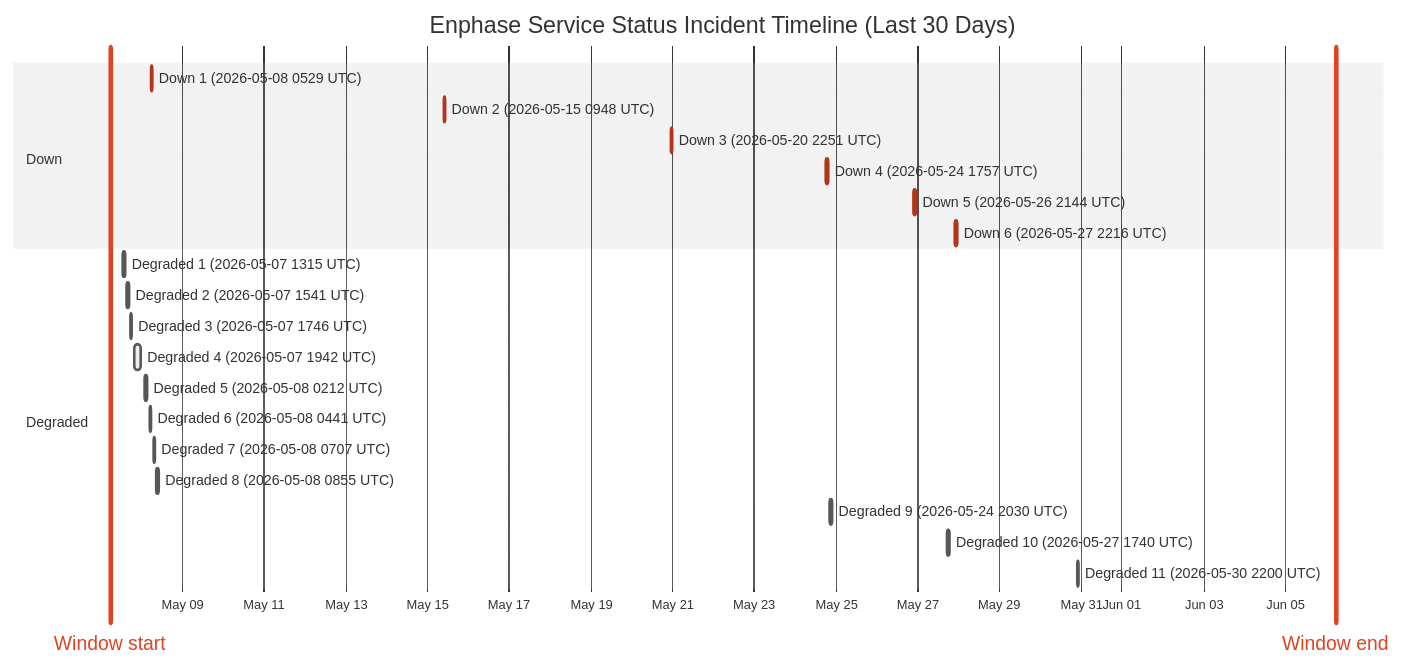
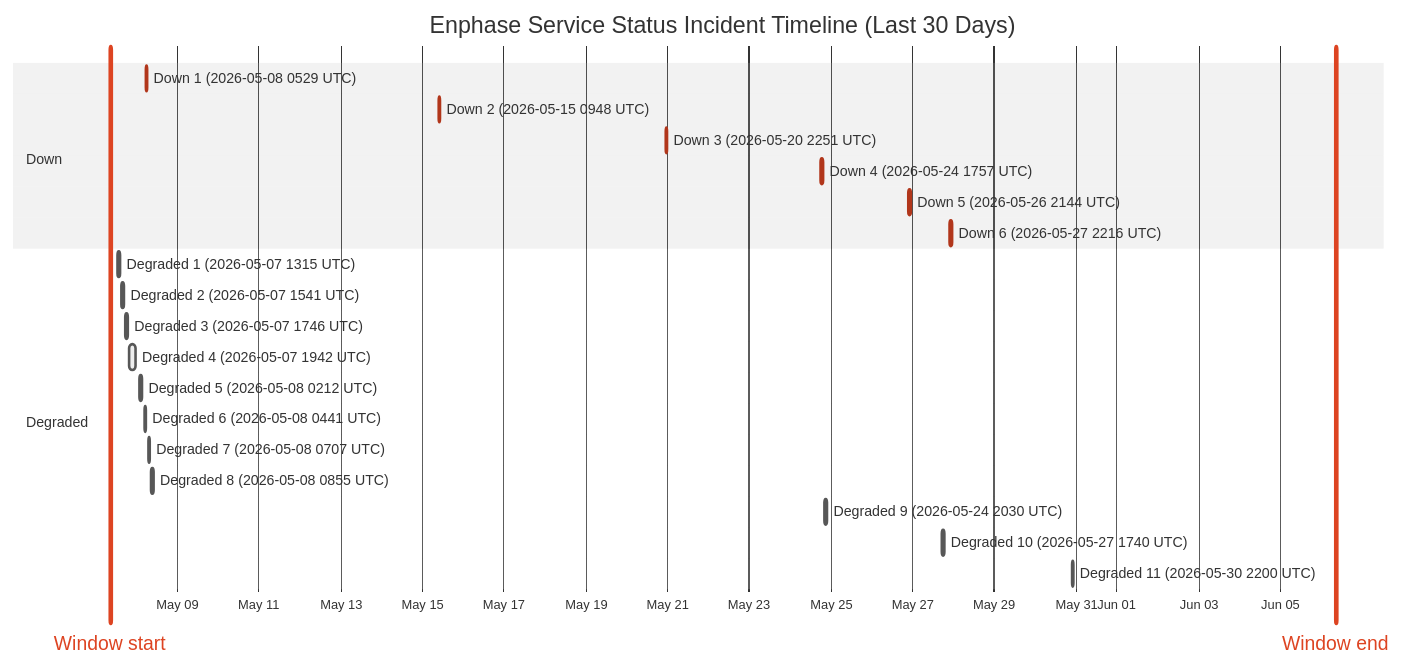
Before and after one commit to barneyonline/ha-enphase-energy: the diagram in wiki/Service-Status-History.md, drawn with Mermaid (neutral theme). The commit also changed other lines of this file and 3 other files, not shown here.

````diff
--- a/wiki/Service-Status-History.md
+++ b/wiki/Service-Status-History.md
@@ -14,27 +14,27 @@
 ```mermaid
 gantt
     title Enphase Service Status Incident Timeline (Last 30 Days)
     dateFormat  YYYY-MM-DDTHH:mm:ss
     axisFormat  %b %d
-    Window start :vert, window-start, 2026-05-07T05:32:11, 0ms
-    Window end :vert, window-end, 2026-06-06T05:32:11, 0ms
+    Window start :vert, window-start, 2026-05-07T08:32:04, 0ms
+    Window end :vert, window-end, 2026-06-06T08:32:04, 0ms
     section Down
     Down 1 (2026-05-08 0529 UTC) :crit, down-1, 2026-05-08T05:29:47, 60m
     Down 2 (2026-05-15 0948 UTC) :crit, down-2, 2026-05-15T09:48:18, 60m
     Down 3 (2026-05-20 2251 UTC) :crit, down-3, 2026-05-20T22:51:14, 75m
     Down 4 (2026-05-24 1757 UTC) :crit, down-4, 2026-05-24T17:57:41, 86m
     Down 5 (2026-05-26 2144 UTC) :crit, down-5, 2026-05-26T21:44:11, 85m
     Down 6 (2026-05-27 2216 UTC) :crit, down-6, 2026-05-27T22:16:53, 87m
     section Degraded
     Degraded 1 (2026-05-07 1315 UTC) :active, degraded-1, 2026-05-07T13:15:25, 60m
     Degraded 2 (2026-05-07 1541 UTC) :active, degraded-2, 2026-05-07T15:41:58, 60m
     Degraded 3 (2026-05-07 1746 UTC) :active, degraded-3, 2026-05-07T17:46:51, 60m
     Degraded 4 (2026-05-07 1942 UTC) :active, degraded-4, 2026-05-07T19:42:10, 249m
     Degraded 5 (2026-05-08 0212 UTC) :active, degraded-5, 2026-05-08T02:12:39, 60m
     Degraded 6 (2026-05-08 0441 UTC) :active, degraded-6, 2026-05-08T04:41:46, 60m
     Degraded 7 (2026-05-08 0707 UTC) :active, degraded-7, 2026-05-08T07:07:30, 60m
     Degraded 8 (2026-05-08 0855 UTC) :active, degraded-8, 2026-05-08T08:55:20, 88m
     Degraded 9 (2026-05-24 2030 UTC) :active, degraded-9, 2026-05-24T20:30:57, 84m
     Degraded 10 (2026-05-27 1740 UTC) :active, degraded-10, 2026-05-27T17:40:52, 60m
     Degraded 11 (2026-05-30 2200 UTC) :active, degraded-11, 2026-05-30T22:00:37, 60m
 ```
````
